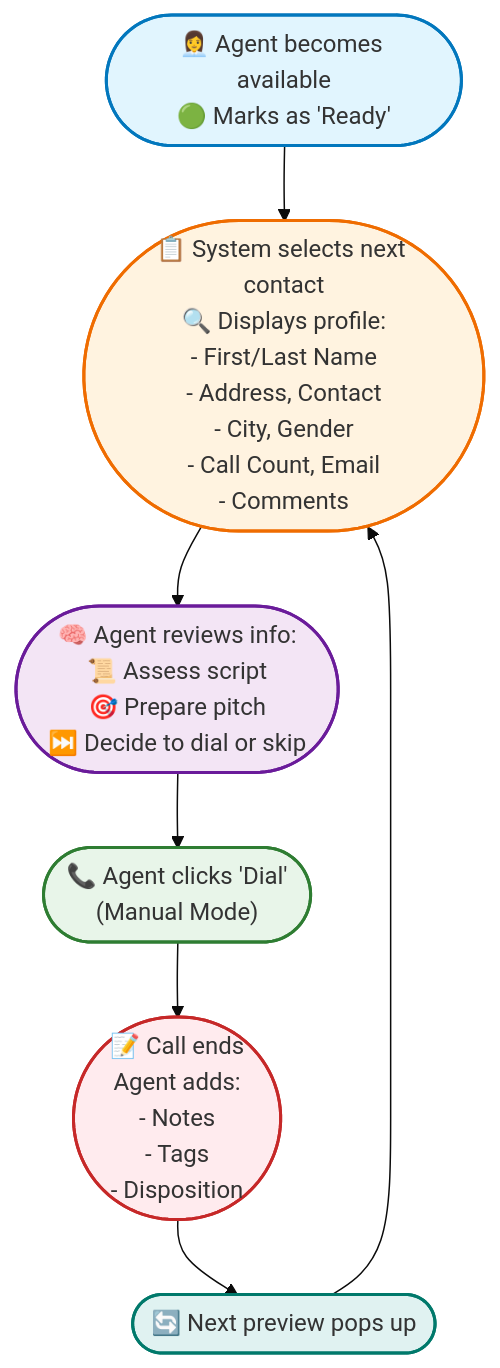
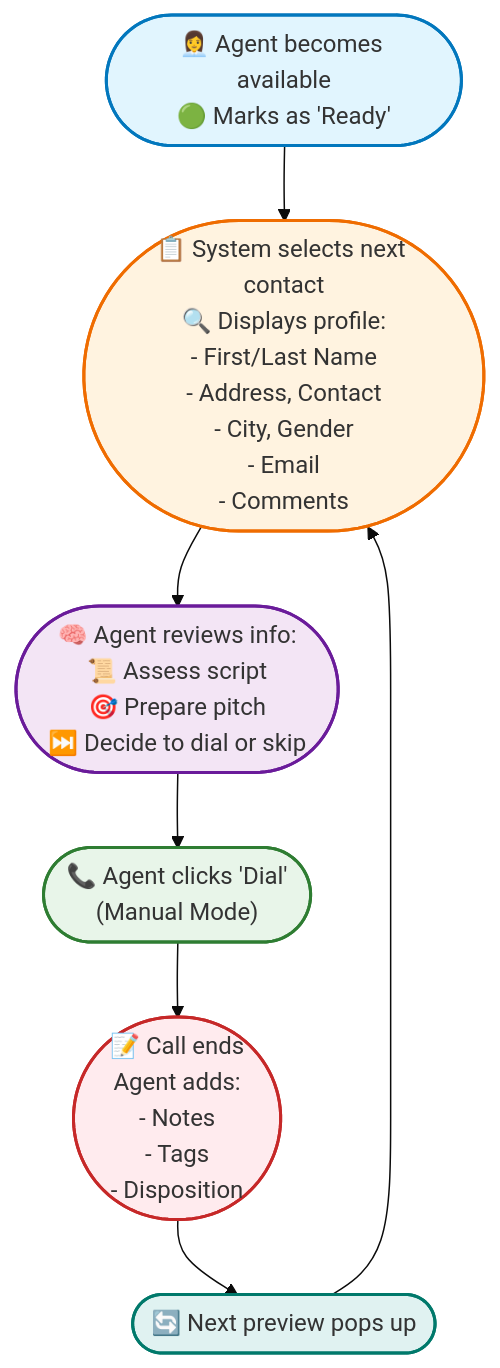
One commit to connexcs/docs changed the first of 3 diagrams in docs/customer-portal/cp-contact-center.md. Above: the diagram before and after it, drawn with Mermaid (base theme). The commit also changed 3 other files, not shown here.

````diff
--- a/docs/customer-portal/cp-contact-center.md
+++ b/docs/customer-portal/cp-contact-center.md
@@ -35,16 +35,16 @@
     ```mermaid
     flowchart TD
         style A fill:#E1F5FE,stroke:#0277BD,stroke-width:2,rx:10,ry:10
         style B fill:#FFF3E0,stroke:#EF6C00,stroke-width:2,rx:10,ry:10
         style C fill:#F3E5F5,stroke:#6A1B9A,stroke-width:2,rx:10,ry:10
         style D fill:#E8F5E9,stroke:#2E7D32,stroke-width:2,rx:10,ry:10
         style E fill:#FFEBEE,stroke:#C62828,stroke-width:2,rx:10,ry:10
         style F fill:#E0F2F1,stroke:#00796B,stroke-width:2,rx:10,ry:10
 
-        A(["👩‍💼 Agent becomes available<br/>🟢 Marks as 'Ready'"]) --> B(["📋 System selects next contact<br/>🔍 Displays profile:<br/>- First/Last Name<br/>- Address, Contact<br/>- City, Gender<br/>- Call Count, Email<br/>- Comments"])
+        A(["👩‍💼 Agent becomes available<br/>🟢 Marks as 'Ready'"]) --> B(["📋 System selects next contact<br/>🔍 Displays profile:<br/>- First/Last Name<br/>- Address, Contact<br/>- City, Gender<br/>- Email<br/>- Comments"])
         B --> C(["🧠 Agent reviews info:<br/>📜 Assess script<br/>🎯 Prepare pitch<br/>⏭️ Decide to dial or skip"])
         C --> D(["📞 Agent clicks 'Dial'<br/>(Manual Mode)"])
         D --> E(["📝 Call ends<br/>Agent adds:<br/>- Notes<br/>- Tags<br/>- Disposition"])
         E --> F(["🔄 Next preview pops up"])
         F --> B
     ```
````
